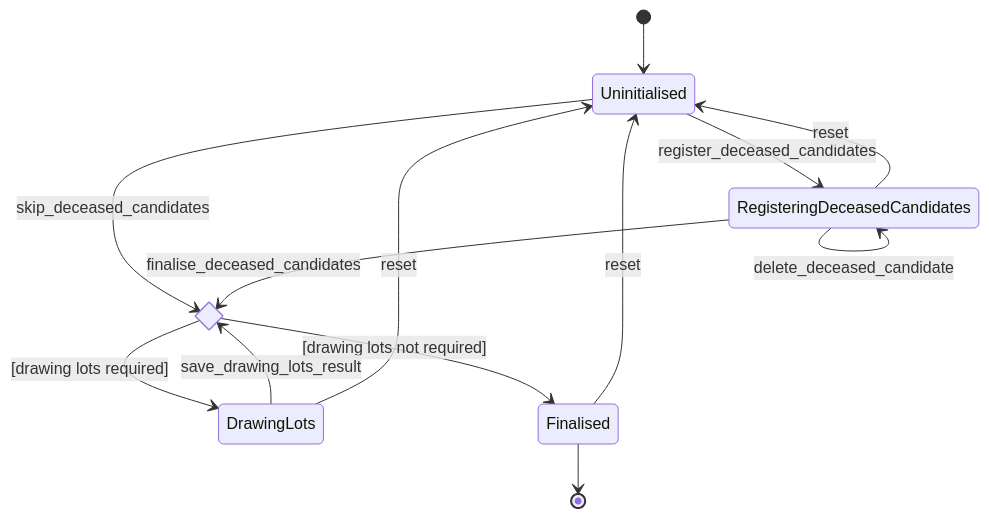
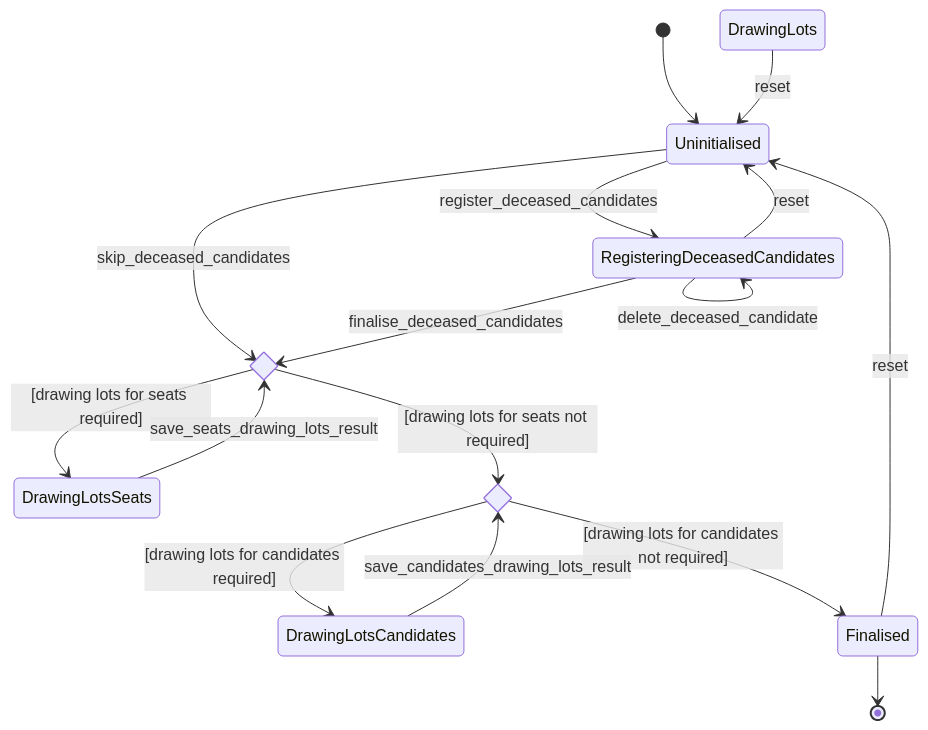
The diagram in documentatie/state-machines/apportionment.md (kiesraad/abacus), drawn with Mermaid before and after one commit.

Commit message:
Add different stats for drawing lots candidates vs seats

````diff
--- a/documentatie/state-machines/apportionment.md
+++ b/documentatie/state-machines/apportionment.md
@@ -6,22 +6,26 @@
 ```mermaid
 stateDiagram-v2
   [*] --> Uninitialised
 
   Uninitialised --> RegisteringDeceasedCandidates : register_deceased_candidates
   RegisteringDeceasedCandidates --> RegisteringDeceasedCandidates : add_deceased_candidate
   RegisteringDeceasedCandidates --> RegisteringDeceasedCandidates : delete_deceased_candidate
 
-  state is_drawing_lots_required <<choice>>
-  Uninitialised --> is_drawing_lots_required : skip_deceased_candidates
-  RegisteringDeceasedCandidates --> is_drawing_lots_required : finalise_deceased_candidates
-  is_drawing_lots_required --> DrawingLots : [drawing lots required]
-  is_drawing_lots_required --> Finalised : [drawing lots not required]
-
-  DrawingLots --> is_drawing_lots_required : save_drawing_lots_result
+  state is_drawing_lots_required_for_seats <<choice>>
+  Uninitialised --> is_drawing_lots_required_for_seats : skip_deceased_candidates
+  RegisteringDeceasedCandidates --> is_drawing_lots_required_for_seats : finalise_deceased_candidates
+  is_drawing_lots_required_for_seats --> DrawingLotsSeats : [drawing lots for seats required]
+  DrawingLotsSeats --> is_drawing_lots_required_for_seats : save_seats_drawing_lots_result
+  
+  state is_drawing_lots_required_for_candidates <<choice>>
+  is_drawing_lots_required_for_seats --> is_drawing_lots_required_for_candidates : [drawing lots for seats not required]
+  is_drawing_lots_required_for_candidates --> DrawingLotsCandidates : [drawing lots for candidates required]
+  is_drawing_lots_required_for_candidates --> Finalised : [drawing lots for candidates not required]
+  DrawingLotsCandidates --> is_drawing_lots_required_for_candidates : save_candidates_drawing_lots_result
 
   RegisteringDeceasedCandidates --> Uninitialised : reset
   DrawingLots --> Uninitialised : reset
   Finalised --> Uninitialised : reset
   
   Finalised --> [*]
 ```
````
